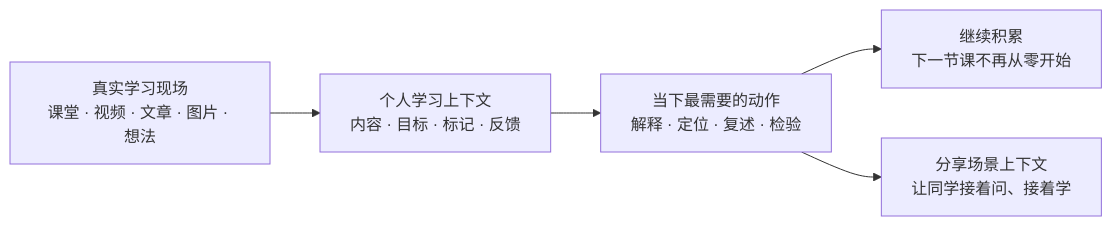
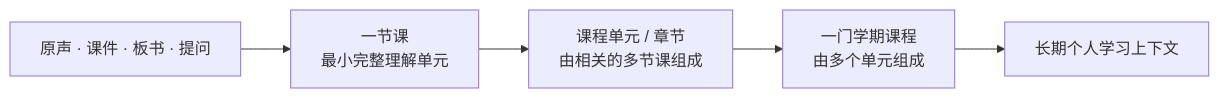
Before and after one commit to xiaojinyu868-w/meetmind: the first of 2 diagrams in README.md, drawn with Mermaid. The commit also changed other lines of this file and 4 other files, not shown here.

````diff
--- a/README.md
+++ b/README.md
@@ -33,7 +68,7 @@
 ```mermaid
 flowchart LR
-    A["真实学习现场<br/>课堂 · 视频 · 文章 · 图片 · 想法"] --> B["个人学习上下文<br/>内容 · 目标 · 标记 · 反馈"]
-    B --> C["当下最需要的动作<br/>解释 · 定位 · 复述 · 检验"]
-    C --> D["继续积累<br/>下一节课不再从零开始"]
-    C --> E["分享场景上下文<br/>让同学接着问、接着学"]
+    A["原声 · 课件 · 板书 · 提问"] --> B["一节课<br/>最小完整理解单元"]
+    B --> C["课程单元 / 章节<br/>由相关的多节课组成"]
+    C --> D["一门学期课程<br/>由多个单元组成"]
+    D --> E["长期个人学习上下文"]
 ```
````
